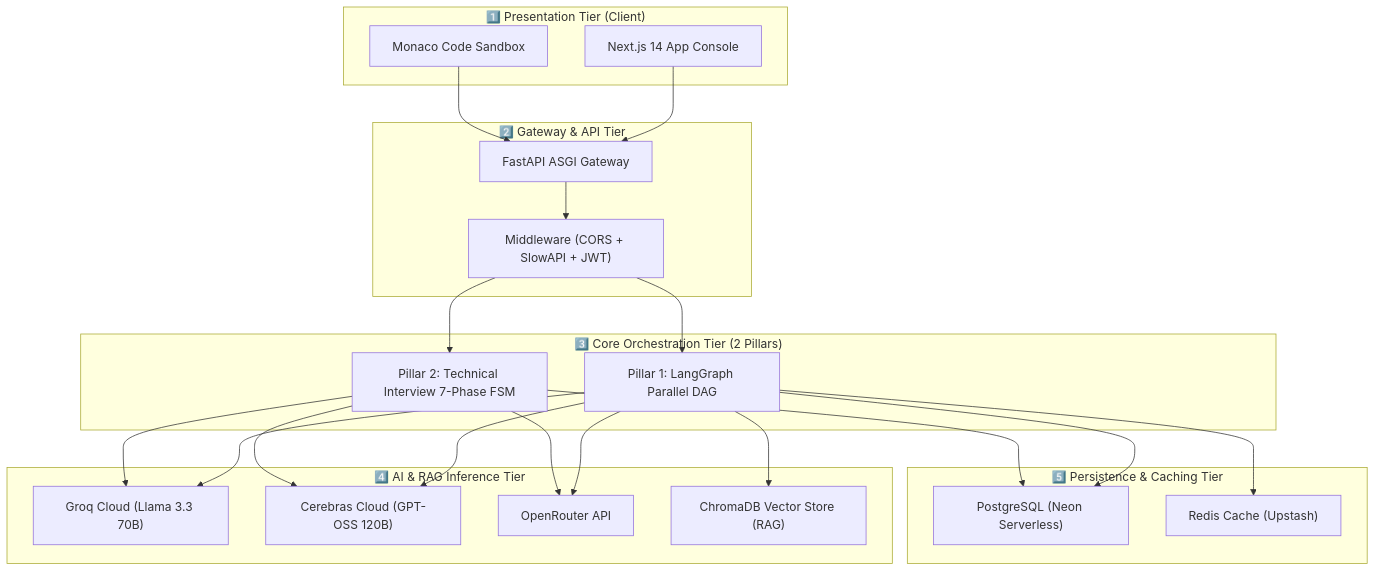
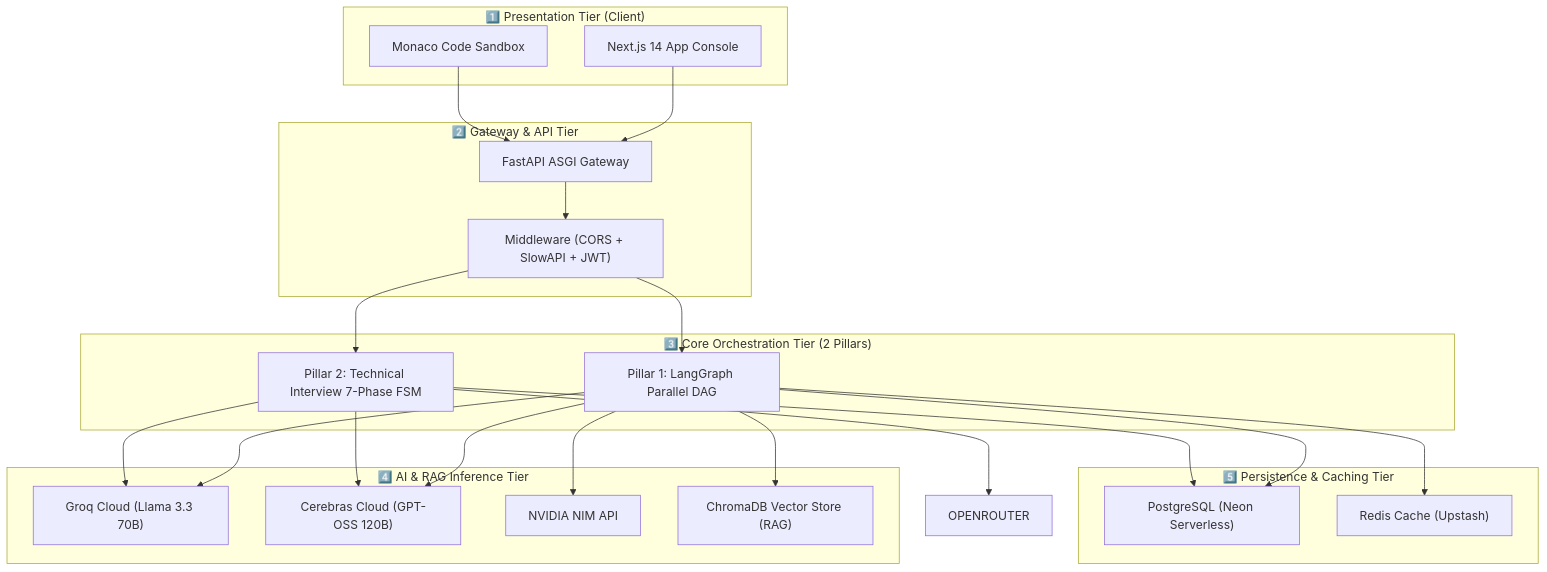
Before and after one commit to Anil-Pradhan-web/ai-career-mentor: the tenth of 12 diagrams in README.md, drawn with Mermaid. The commit also changed other lines of this file and 4 other files, not shown here.

Commit message:
refactor: complete removal of OpenRouter across frontend, backend interview streaming, observability metrics, and documentation, fully replaced with NVIDIA NIM API

````diff
--- a/README.md
+++ b/README.md
@@ -527,49 +527,49 @@
 ```mermaid
 graph TD
     subgraph T1 ["1️⃣ Presentation Tier (Client)"]
         UI["Next.js 14 App Console"]
         MONACO["Monaco Code Sandbox"]
     end
 
     subgraph T2 ["2️⃣ Gateway & API Tier"]
         FASTAPI["FastAPI ASGI Gateway"]
         MW["Middleware (CORS + SlowAPI + JWT)"]
     end
 
     subgraph T3 ["3️⃣ Core Orchestration Tier (2 Pillars)"]
         DAG["Pillar 1: LangGraph Parallel DAG"]
         FSM["Pillar 2: Technical Interview 7-Phase FSM"]
     end
 
     subgraph T4 ["4️⃣ AI & RAG Inference Tier"]
         GROQ["Groq Cloud (Llama 3.3 70B)"]
         CEREBRAS["Cerebras Cloud (GPT-OSS 120B)"]
-        OPENROUTER["OpenRouter API"]
+        NVIDIA["NVIDIA NIM API"]
         CHROMA["ChromaDB Vector Store (RAG)"]
     end
 
     subgraph T5 ["5️⃣ Persistence & Caching Tier"]
         PG["PostgreSQL (Neon Serverless)"]
         REDIS["Redis Cache (Upstash)"]
     end
 
     UI --> FASTAPI
     MONACO --> FASTAPI
 
     FASTAPI --> MW
     MW --> DAG
     MW --> FSM
 
     DAG --> GROQ
     DAG --> CEREBRAS
-    DAG --> OPENROUTER
+    DAG --> NVIDIA
     DAG --> CHROMA
 
     FSM --> GROQ
     FSM --> CEREBRAS
     FSM --> OPENROUTER
 
     DAG --> PG
     DAG --> REDIS
     FSM --> PG
 ```
````
